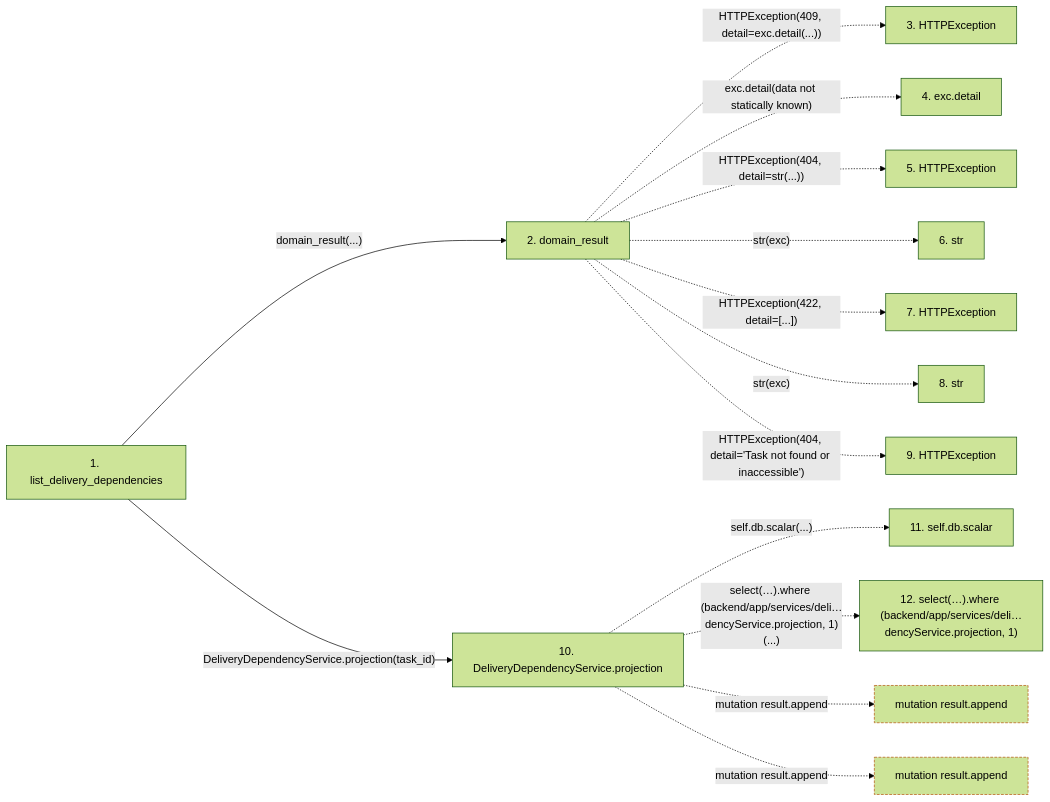
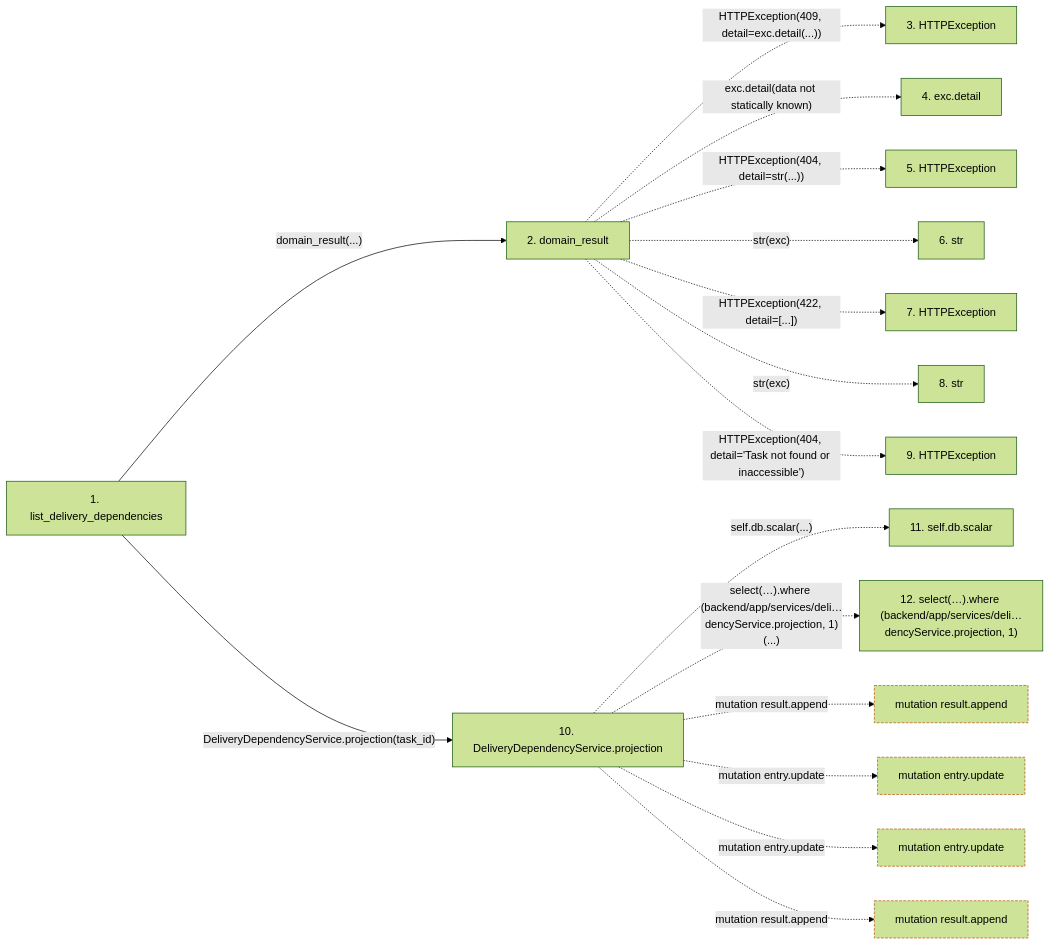
Before and after one commit to Denissvgn/WorkChord: the second of 2 diagrams in docs/llm_wiki/flows/http-list_delivery_dependencies.md, drawn with Mermaid (forest theme). The commit also changed other lines of this file and 1817 other files, not shown here.

First line of the commit message:
Refresh the architectural wiki for the 1.9.0 changes

````diff
--- a/docs/llm_wiki/flows/http-list_delivery_dependencies.md
+++ b/docs/llm_wiki/flows/http-list_delivery_dependencies.md
@@ -127,36 +132,42 @@
 ```mermaid
 flowchart LR
     s1["1. list_delivery_dependencies"]
     s2["2. domain_result"]
     s3["3. HTTPException"]
     s4["4. exc.detail"]
     s5["5. HTTPException"]
     s6["6. str"]
     s7["7. HTTPException"]
     s8["8. str"]
     s9["9. HTTPException"]
     s10["10. DeliveryDependencyService.projection"]
     s11["11. self.db.scalar"]
     s12["12. select(…).where (backend/app/services/deli…dencyService.projection, 1)"]
     s1 -->|"domain_result(...)"| s2
     s2 -. "HTTPException(409, detail=exc.detail(...))" .-> s3
     s2 -. "exc.detail(data not statically known)" .-> s4
     s2 -. "HTTPException(404, detail=str(...))" .-> s5
     s2 -. "str(exc)" .-> s6
     s2 -. "HTTPException(422, detail=[...])" .-> s7
     s2 -. "str(exc)" .-> s8
     s2 -. "HTTPException(404, detail='Task not found or inaccessible')" .-> s9
     s1 -->|"DeliveryDependencyService.projection(task_id)"| s10
     s10 -. "self.db.scalar(...)" .-> s11
     s10 -. "select(…).where (backend/app/services/deli…dencyService.projection, 1)(...)" .-> s12
     b0["mutation result.append"]
     s10 -. "mutation result.append" .-> b0
-    b1["mutation result.append"]
-    s10 -. "mutation result.append" .-> b1
+    b1["mutation entry.update"]
+    s10 -. "mutation entry.update" .-> b1
+    b2["mutation entry.update"]
+    s10 -. "mutation entry.update" .-> b2
+    b3["mutation result.append"]
+    s10 -. "mutation result.append" .-> b3
     click s1 "../modules/delivery_dependencies.md"
     click s2 "../modules/routers_task_domain.md"
     click s10 "../modules/delivery_dependency_service.md"
     classDef boundary stroke:#b45309,stroke-dasharray: 4 2
     class b0 boundary
     class b1 boundary
+    class b2 boundary
+    class b3 boundary
 ```
````
